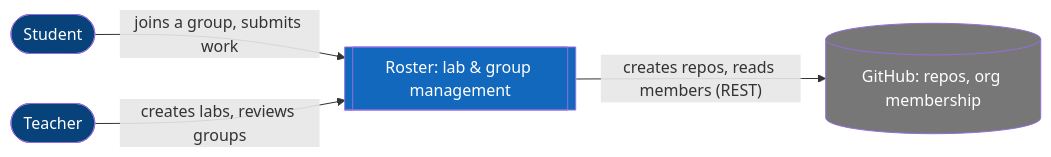
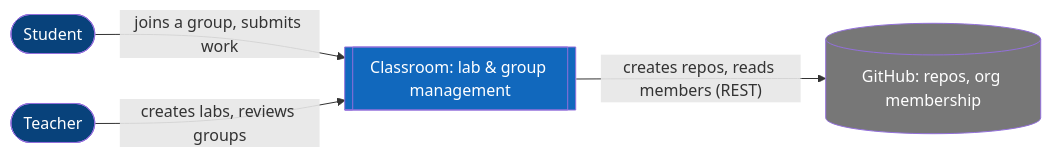
The first of 12 diagrams in skills/architecture/write-diagrams/diagrams.md (Ovich/charrette), drawn with Mermaid before and after one commit. The commit also changed other lines of this file and 58 other files, not shown here.

````diff
--- a/skills/architecture/write-diagrams/diagrams.md
+++ b/skills/architecture/write-diagrams/diagrams.md
@@ -36,15 +36,15 @@
 ```mermaid
 flowchart LR
     student([Student]):::person
     teacher([Teacher]):::person
-    roster[["Roster: lab & group management"]]:::system
+    classroom[["Classroom: lab & group management"]]:::system
     github[("GitHub: repos, org membership")]:::external
 
-    student -->|"joins a group, submits work"| roster
-    teacher -->|"creates labs, reviews groups"| roster
-    roster -->|"creates repos, reads members (REST)"| github
+    student -->|"joins a group, submits work"| classroom
+    teacher -->|"creates labs, reviews groups"| classroom
+    classroom -->|"creates repos, reads members (REST)"| github
 
     classDef person fill:#08427b,color:#fff
     classDef system fill:#1168bd,color:#fff
     classDef external fill:#777,color:#fff
 ```
````
